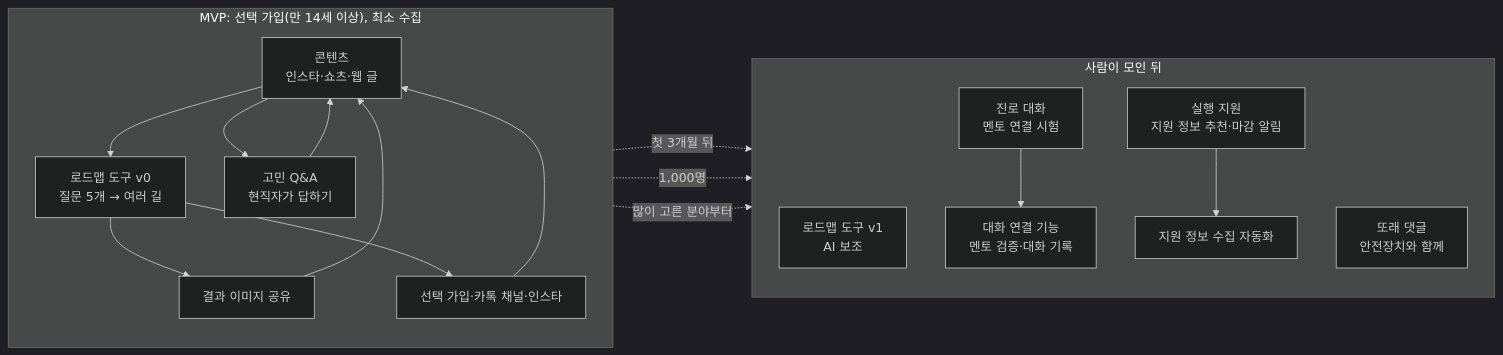
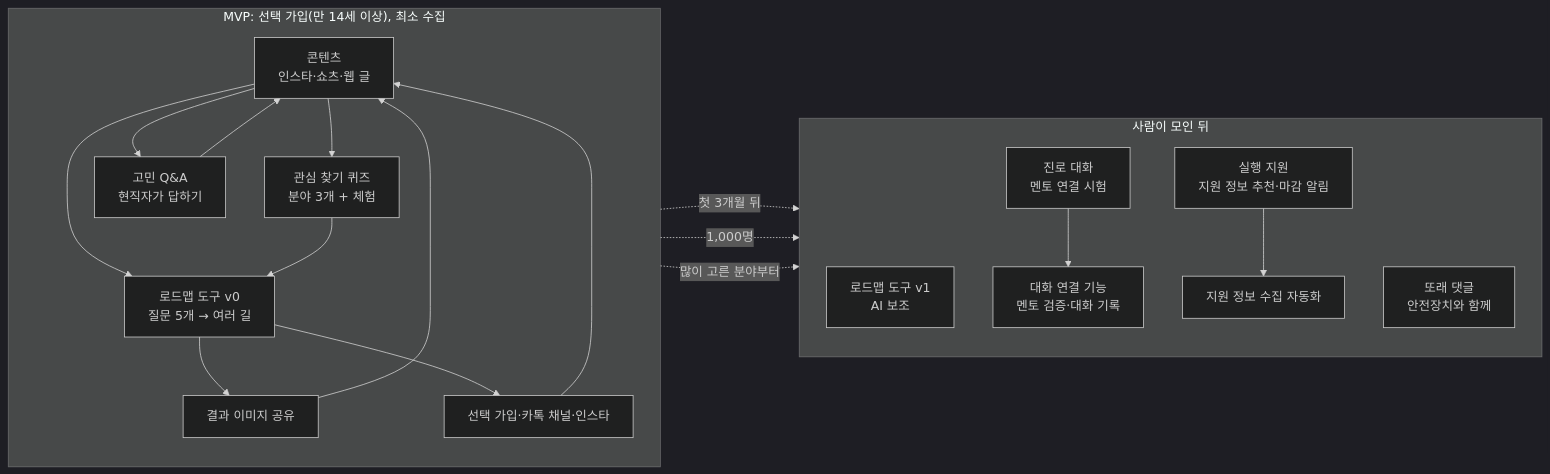
Before and after one commit to Sweet-Butters/youth-benefit-finder: the third of 3 diagrams in docs/roadmap.md, drawn with Mermaid (dark theme). The commit also changed other lines of this file and 5 other files, not shown here.

````diff
--- a/docs/roadmap.md
+++ b/docs/roadmap.md
@@ -74,29 +74,31 @@
 ```mermaid
 flowchart LR
     subgraph MVP["MVP: 선택 가입(만 14세 이상), 최소 수집"]
         direction TB
         M1["콘텐츠<br/>인스타·쇼츠·웹 글"] --> M2["로드맵 도구 v0<br/>질문 5개 → 여러 길"]
+        M1 --> M0["관심 찾기 퀴즈<br/>분야 3개 + 체험"]
+        M0 --> M2
         M2 --> M3["결과 이미지 공유"]
         M2 --> M4["선택 가입·카톡 채널·인스타"]
         M1 --> M5["고민 Q&A<br/>현직자가 답하기"]
         M5 --> M1
         M3 --> M1
         M4 --> M1
     end
 
     subgraph LATER["사람이 모인 뒤"]
         direction TB
         L1["로드맵 도구 v1<br/>AI 보조"]
         L2["진로 대화<br/>멘토 연결 시험"]
         L3["실행 지원<br/>지원 정보 추천·마감 알림"]
         L4["대화 연결 기능<br/>멘토 검증·대화 기록"]
         L6["또래 댓글<br/>안전장치와 함께"]
         L5["지원 정보 수집 자동화"]
         L2 --> L4
         L3 --> L5
     end
 
     M2 -. "첫 3개월 뒤" .-> L1
     M4 -. "1,000명" .-> L2
     M2 -. "많이 고른 분야부터" .-> L3
 ```
````
